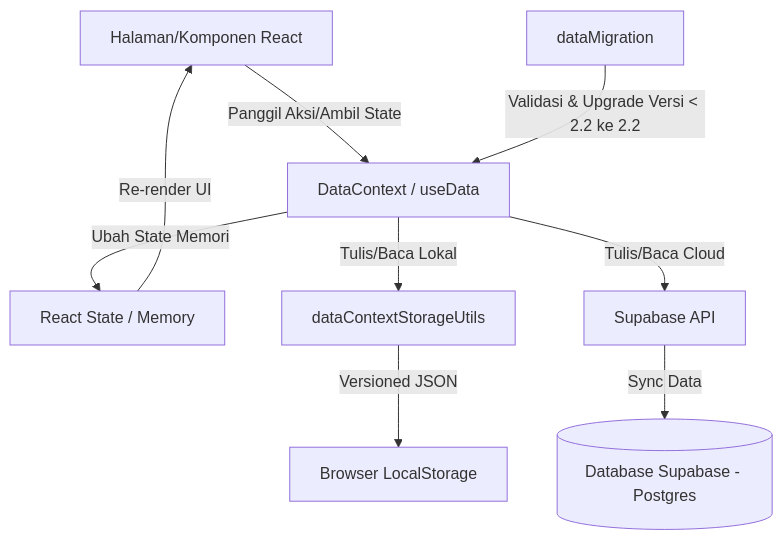
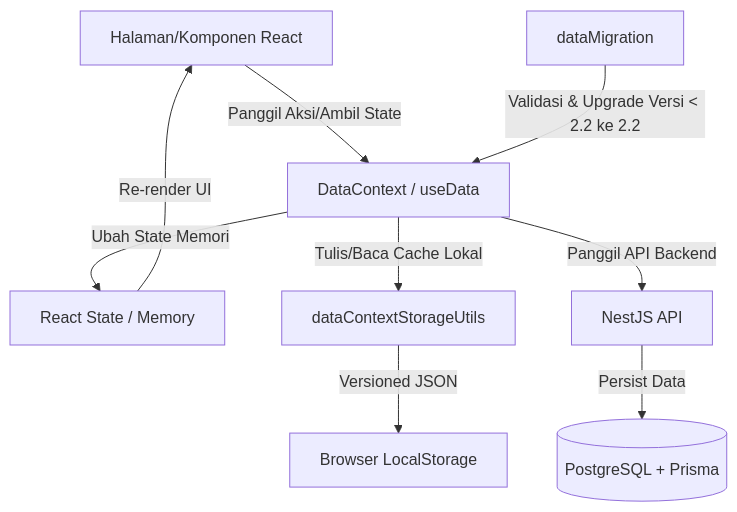
Before and after one commit to Ihsanshan27/track-mystock: the diagram in docs/technical-documentation.md, drawn with Mermaid. The commit also changed other lines of this file and 348 other files, not shown here.

````diff
--- a/docs/technical-documentation.md
+++ b/docs/technical-documentation.md
@@ -13,13 +13,13 @@
 ```mermaid
 graph TD
     UI[Halaman/Komponen React] -->|Panggil Aksi/Ambil State| Context[DataContext / useData]
     Context -->|Ubah State Memori| ReactState[React State / Memory]
-    Context -->|Tulis/Baca Lokal| StorageUtils[dataContextStorageUtils]
+    Context -->|Tulis/Baca Cache Lokal| StorageUtils[dataContextStorageUtils]
     StorageUtils -->|Versioned JSON| LocalStorage[Browser LocalStorage]
     
-    Context -->|Tulis/Baca Cloud| Supabase[Supabase API]
-    Supabase -->|Sync Data| DB[(Database Supabase - Postgres)]
+    Context -->|Panggil API Backend| Backend[NestJS API]
+    Backend -->|Persist Data| DB[(PostgreSQL + Prisma)]
     
     DataMigration[dataMigration] -->|Validasi & Upgrade Versi < 2.2 ke 2.2| Context
     ReactState -->|Re-render UI| UI
 ```
````
